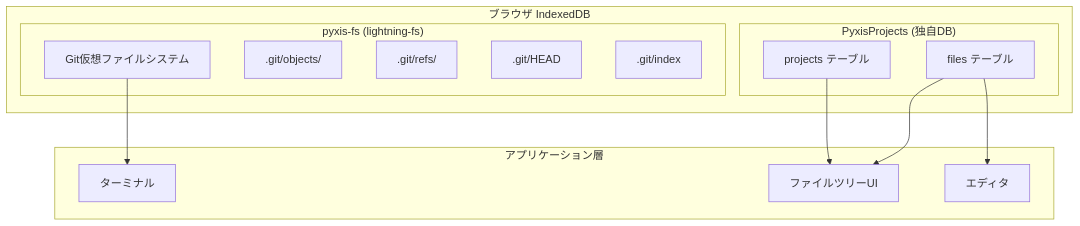
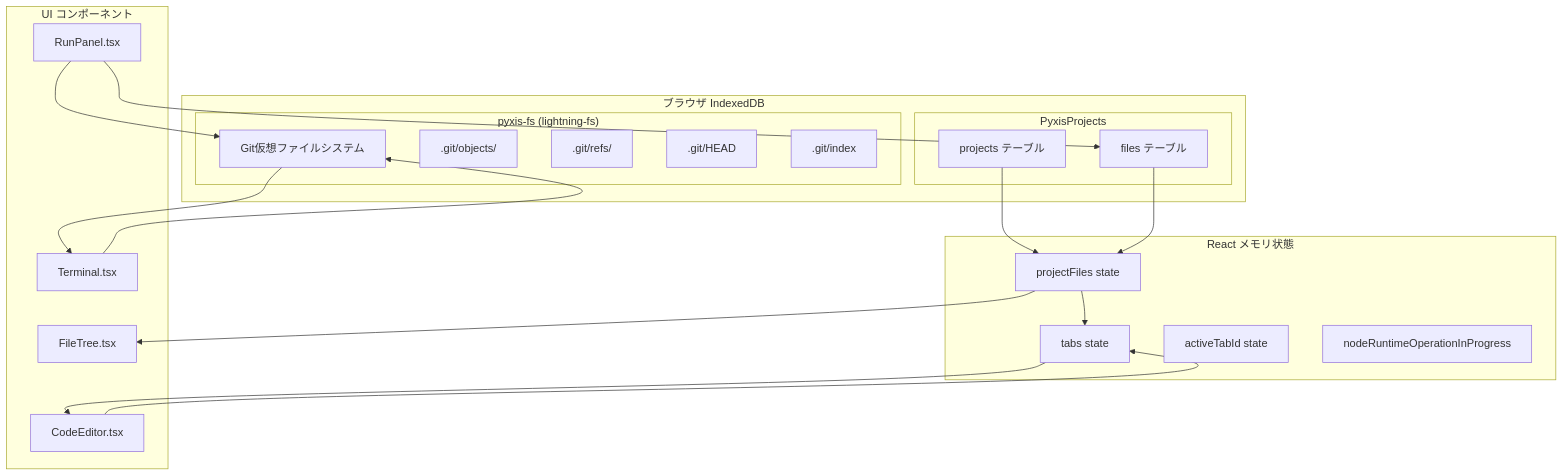
One commit to Stasshe/Pyxis-CodeCanvas changed the first of 5 diagrams in DATABASE.md. Above: the diagram before and after it, drawn with Mermaid. The commit also changed other lines of this file, not shown here.

````diff
--- a/DATABASE.md
+++ b/DATABASE.md
@@ -14,28 +16,43 @@
 ```mermaid
 graph TB
     subgraph "ブラウザ IndexedDB"
         subgraph "pyxis-fs (lightning-fs)"
             GitFS[Git仮想ファイルシステム]
             GitObjects[.git/objects/]
             GitRefs[.git/refs/]
             GitHead[.git/HEAD]
             GitIndex[.git/index]
         end
         
-        subgraph "PyxisProjects (独自DB)"
+        subgraph "PyxisProjects"
             Projects[projects テーブル]
             Files[files テーブル]
         end
     end
     
-    subgraph "アプリケーション層"
-        Terminal[ターミナル]
-        FileTree[ファイルツリーUI]
-        Editor[エディタ]
+    subgraph "React メモリ状態"
+        ProjectFiles[projectFiles state]
+        Tabs[tabs state]
+        ActiveTab[activeTabId state]
+        NodeRuntimeFlag[nodeRuntimeOperationInProgress]
+    end
+    
+    subgraph "UI コンポーネント"
+        Terminal[Terminal.tsx]
+        FileTree[FileTree.tsx]
+        Editor[CodeEditor.tsx]
+        RunPanel[RunPanel.tsx]
     end
     
     GitFS --> Terminal
-    Projects --> FileTree
-    Files --> Editor
-    Files --> FileTree
+    Projects --> ProjectFiles
+    Files --> ProjectFiles
+    ProjectFiles --> FileTree
+    ProjectFiles --> Tabs
+    Tabs --> Editor
+    
+    Terminal --> GitFS
+    Editor --> Tabs
+    RunPanel --> GitFS
+    RunPanel --> Files
 ```
````
